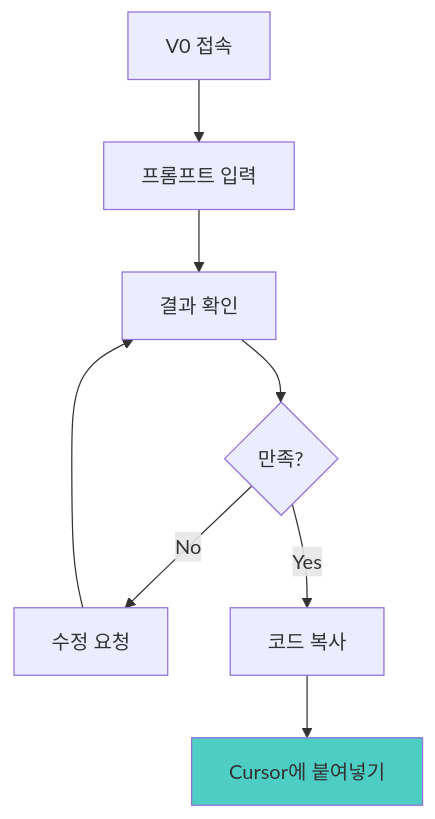
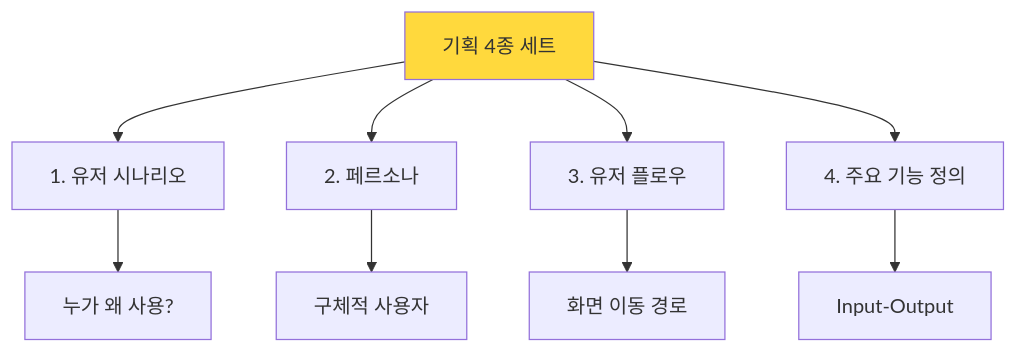
One commit to Collegenie-X/AI-Vive-Coding changed the eighth of 14 diagrams in Docs/주제/5단계-AI가상환경_실전체험_교육가이드.md. Above: the diagram before and after it, drawn with Mermaid. The commit also changed other lines of this file and 3 other files, not shown here.

````diff
--- a/Docs/주제/5단계-AI가상환경_실전체험_교육가이드.md
+++ b/Docs/주제/5단계-AI가상환경_실전체험_교육가이드.md
@@ -2351,12 +403,14 @@
 ```mermaid
 graph TB
-    A[V0 접속] --> B[프롬프트 입력]
-    B --> C[결과 확인]
-    C --> D{만족?}
-    D -->|No| E[수정 요청]
-    E --> C
-    D -->|Yes| F[코드 복사]
-    F --> G[Cursor에 붙여넣기]
+    A[기획 4종 세트] --> B[1. 유저 시나리오]
+    A --> C[2. 페르소나]
+    A --> D[3. 유저 플로우]
+    A --> E[4. 주요 기능 정의]
     
-    style G fill:#4ECDC4
+    B --> B1[누가 왜 사용?]
+    C --> C1[구체적 사용자]
+    D --> D1[화면 이동 경로]
+    E --> E1[Input-Output]
+    
+    style A fill:#FFD93D
 ```
````
